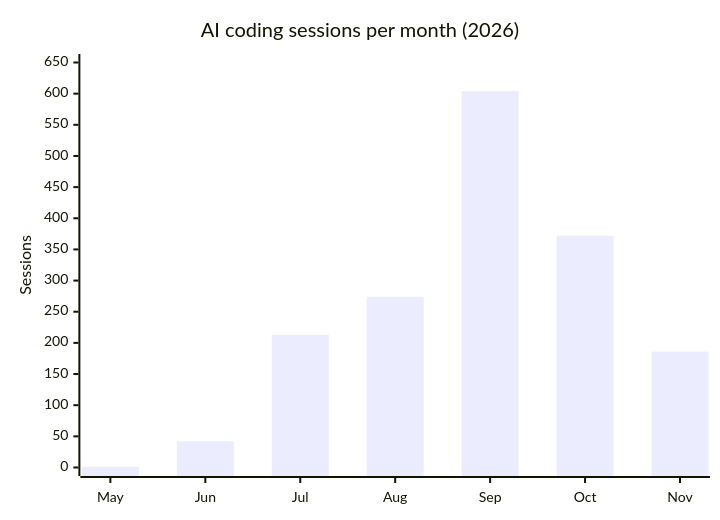
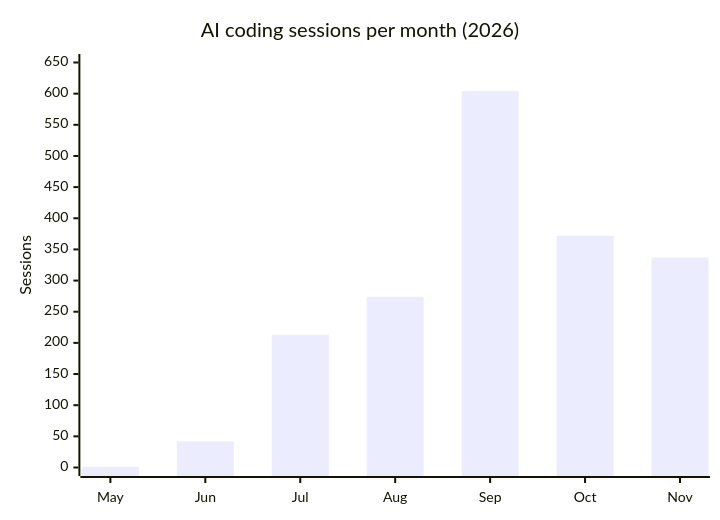
Before and after one commit to loryanstrant/loryanstrant: the diagram in VIBE-CODING.md, drawn with Mermaid.

Commit message:
chore: refresh AI sessions chart

````diff
--- a/VIBE-CODING.md
+++ b/VIBE-CODING.md
@@ -14,7 +14,7 @@
 ```mermaid
 xychart-beta
     title "AI coding sessions per month (2026)"
     x-axis ["May", "Jun", "Jul", "Aug", "Sep", "Oct", "Nov"]
     y-axis "Sessions" 0 --> 650
-    bar [1, 42, 213, 274, 604, 372, 186]
+    bar [1, 42, 213, 274, 604, 372, 337]
 ```
````
